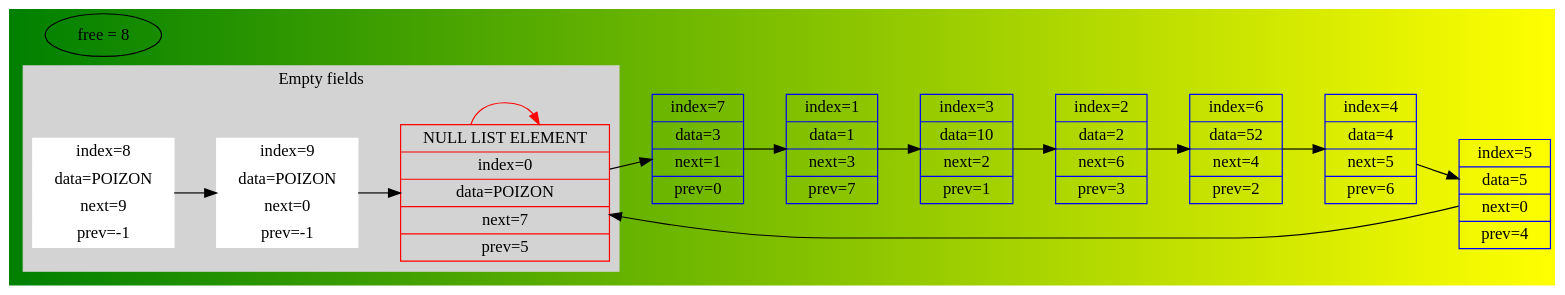
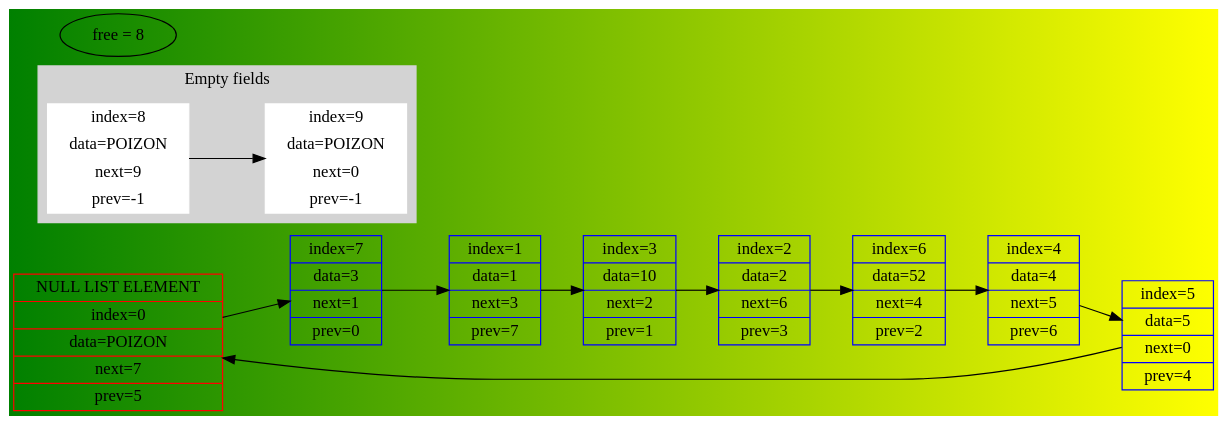
The diagram in output/list.dot (EvGeniy0505/List), drawn with Graphviz before and after one commit. The commit also changed 5 other files, not shown here.

```diff
--- a/output/list.dot
+++ b/output/list.dot
@@ -1,32 +1,30 @@
 digraph LIST {
 	rankdir=LR;
 	bgcolor = "green:yellow";
 	node0 [shape=record, color=red,label=" NULL LIST ELEMENT | index=0 | data=POIZON | next=7 | prev=5 " ];
-	node0-> node0[color=red];
 	node0 -> node7;
 	node7 [shape=record, color=blue,label=" index=7 | data=3 | next=1 | prev=0 " ];
 	node7 -> node1;
 	node1 [shape=record, color=blue,label=" index=1 | data=1 | next=3 | prev=7 " ];
 	node1 -> node3;
 	node3 [shape=record, color=blue,label=" index=3 | data=10 | next=2 | prev=1 " ];
 	node3 -> node2;
 	node2 [shape=record, color=blue,label=" index=2 | data=2 | next=6 | prev=3 " ];
 	node2 -> node6;
 	node6 [shape=record, color=blue,label=" index=6 | data=52 | next=4 | prev=2 " ];
 	node6 -> node4;
 	node4 [shape=record, color=blue,label=" index=4 | data=4 | next=5 | prev=6 " ];
 	node4 -> node5;
 	node5 [shape=record, color=blue,label=" index=5 | data=5 | next=0 | prev=4 " ];
+	node5 -> node0;
 	subgraph cluster0 {
 		node [style=filled,color=white];
 		style=filled;
 		color=lightgrey;
+		node8 [shape=record, color=white,label=" index=8 | data=POIZON | next=9 | prev=-1 " ];
 		node8 -> node9;
-		node8 [shape=record, color=white,label=" index=8 | data=POIZON | next=9 | prev=-1 " ];
-		node9 -> node0;
 		node9 [shape=record, color=white,label=" index=9 | data=POIZON | next=0 | prev=-1 " ];
 		label = "Empty fields";
 	}
-	node5 -> node0;
 	"free = 8";
 }
```
